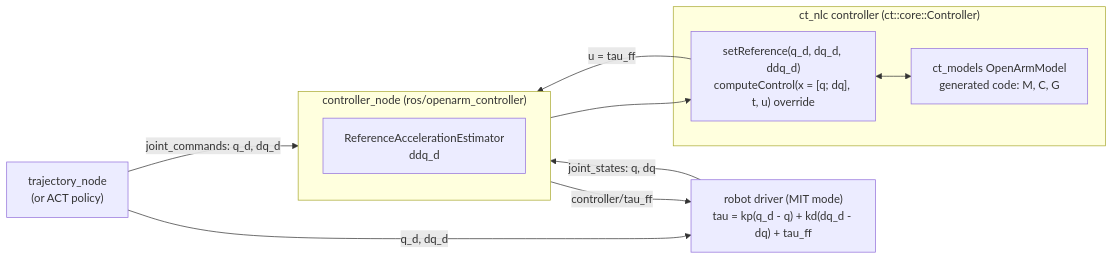
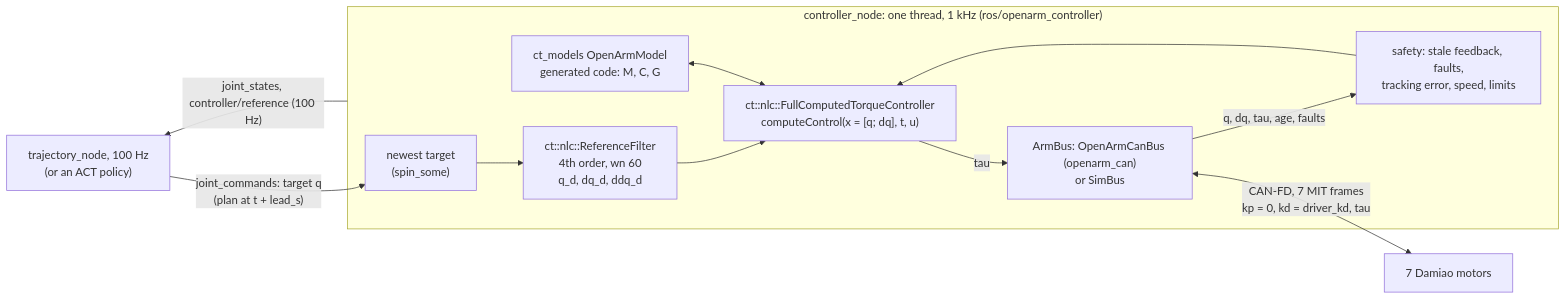
The diagram in README_OPENARM.md (tominhducsp17-glitch/control-toolbox), drawn with Mermaid before and after one commit. The commit also changed other lines of this file, not shown here.

Commit message:
README_OPENARM: kiến trúc 100 Hz -> bộ lọc -> full CTC 1 kHz, kết quả trên robot, cách chạy

````diff
--- a/README_OPENARM.md
+++ b/README_OPENARM.md
@@ -83,17 +91,14 @@
 ```mermaid
 flowchart LR
-  REF["trajectory_node<br/>(or ACT policy)"] -- "joint_commands: q_d, dq_d" --> NODE
-  ROBOT["robot driver (MIT mode)<br/>tau = kp(q_d - q) + kd(dq_d - dq) + tau_ff"] -- "joint_states: q, dq" --> NODE
-  subgraph NODE["controller_node (ros/openarm_controller)"]
-    EST["ReferenceAccelerationEstimator<br/>ddq_d"]
+  SRC["trajectory_node, 100 Hz<br/>(or an ACT policy)"] -- "joint_commands: target q<br/>(plan at t + lead_s)" --> SUB
+  subgraph NODE["controller_node: one thread, 1 kHz (ros/openarm_controller)"]
+    SUB["newest target<br/>(spin_some)"] --> FILT["ct::nlc::ReferenceFilter<br/>4th order, wn 60<br/>q_d, dq_d, ddq_d"]
+    FILT --> CTRL["ct::nlc::FullComputedTorqueController<br/>computeControl(x = [q; dq], t, u)"]
+    MODEL["ct_models OpenArmModel<br/>generated code: M, C, G"] <--> CTRL
+    CTRL -- "tau" --> BUS["ArmBus: OpenArmCanBus (openarm_can)<br/>or SimBus"]
+    BUS -- "q, dq, tau, age, faults" --> SAFE["safety: stale feedback, faults,<br/>tracking error, speed, limits"]
+    SAFE --> CTRL
   end
-  subgraph NLC["ct_nlc controller (ct::core::Controller)"]
-    CTRL["setReference(q_d, dq_d, ddq_d)<br/>computeControl(x = [q; dq], t, u) override"]
-    MODEL["ct_models OpenArmModel<br/>generated code: M, C, G"]
-  end
-  NODE --> CTRL
-  CTRL <--> MODEL
-  CTRL -- "u = tau_ff" --> NODE
-  NODE -- "controller/tau_ff" --> ROBOT
-  REF -- "q_d, dq_d" --> ROBOT
+  BUS <-- "CAN-FD, 7 MIT frames<br/>kp = 0, kd = driver_kd, tau" --> MOTORS["7 Damiao motors"]
+  NODE -- "joint_states, controller/reference (100 Hz)" --> SRC
 ```
````
